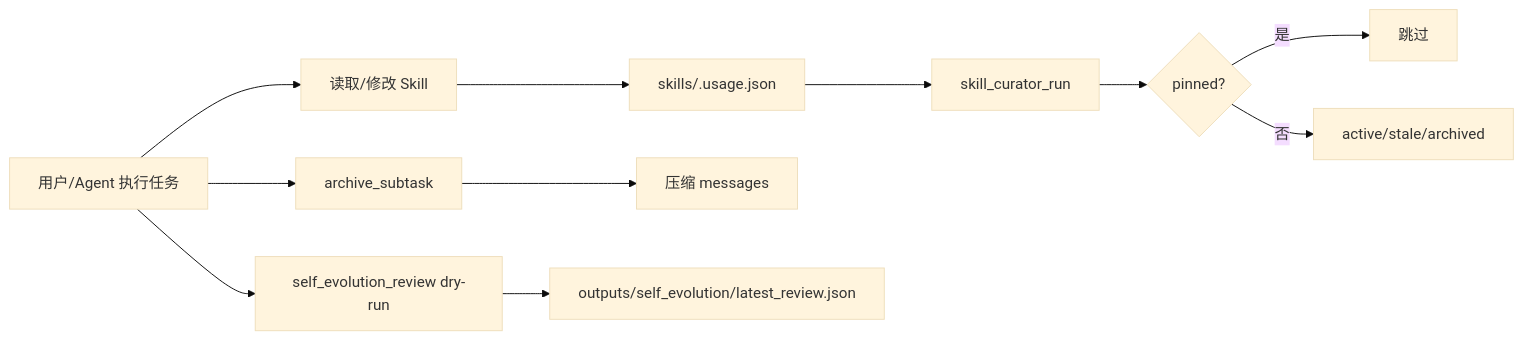
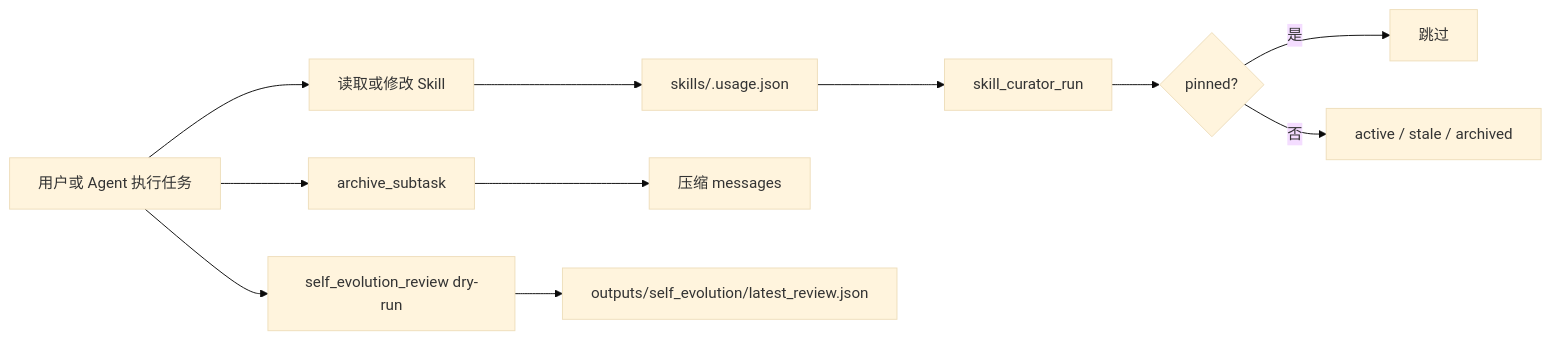
One commit to littlefishshow/R-Agent changed the third of 3 diagrams in outputs/hermes_self_evolution_upgrade_progress_2026-06-25.md. Above: the diagram before and after it, drawn with Mermaid (base theme). The commit also changed other lines of this file, not shown here.

````diff
--- a/outputs/hermes_self_evolution_upgrade_progress_2026-06-25.md
+++ b/outputs/hermes_self_evolution_upgrade_progress_2026-06-25.md
@@ -28,13 +565,13 @@
 ```mermaid
 flowchart LR
-    U["用户/Agent 执行任务"] --> S["读取/修改 Skill"]
+    U["用户或 Agent 执行任务"] --> S["读取或修改 Skill"]
     S --> T["skills/.usage.json"]
     U --> A["archive_subtask"]
     A --> C["压缩 messages"]
     U --> R["self_evolution_review dry-run"]
     R --> O["outputs/self_evolution/latest_review.json"]
     T --> K["skill_curator_run"]
     K --> P{"pinned?"}
     P -- 是 --> X["跳过"]
-    P -- 否 --> Y["active/stale/archived"]
+    P -- 否 --> Y["active / stale / archived"]
 ```
````
